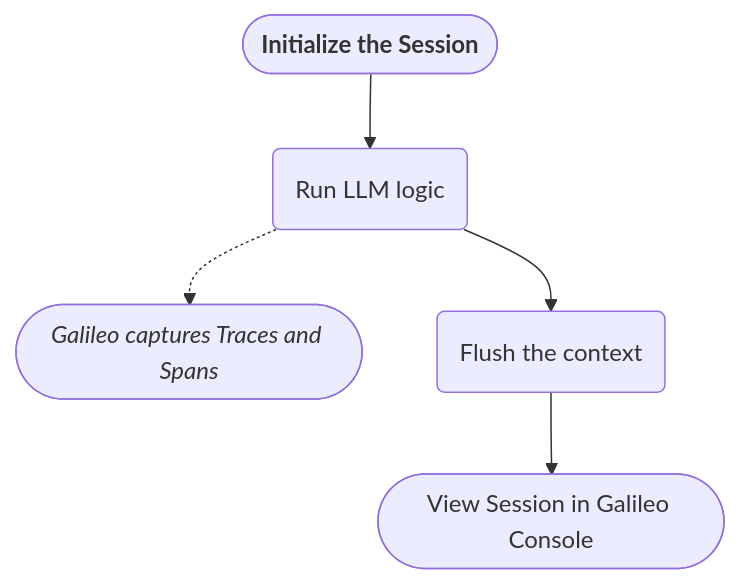
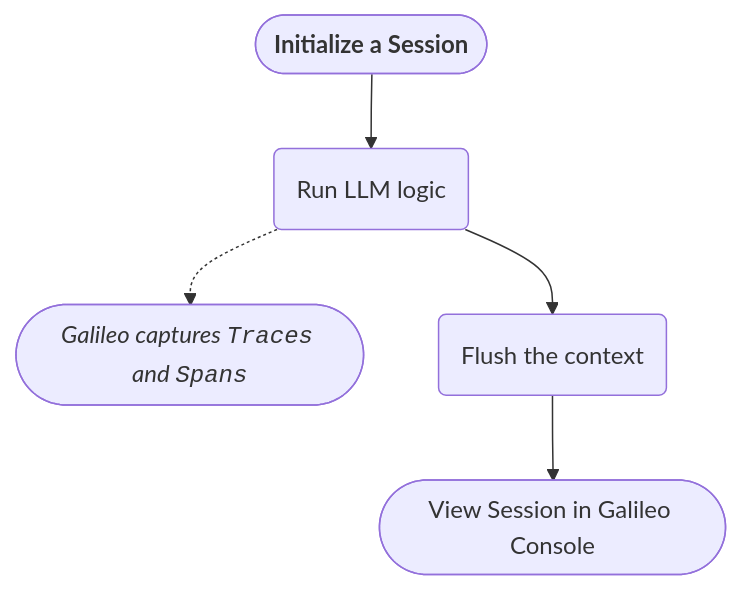
Before and after one commit to rungalileo/docs-official: the diagram in concepts/logging/sessions/using-sessions.mdx, drawn with Mermaid. The commit also changed other lines of this file and 23 other files, not shown here.

````diff
--- a/concepts/logging/sessions/using-sessions.mdx
+++ b/concepts/logging/sessions/using-sessions.mdx
@@ -46,18 +24,18 @@
 ```mermaid
 ---
 config:
 flowchart:
     curve: linear
 ---
 graph TD;
-    __start__([<b>Initialize the Session</b>])
+    __start__([<b>Initialize a Session</b>])
     app_logic(Run LLM logic)
-    log_traces([<em>Galileo captures Traces and Spans</em>])
+    log_traces([<em>Galileo captures <code>Traces</code> and <code>Spans</code></em>])
     flush(Flush the context)
     __end__([<p>View Session in Galileo Console</p>])
 
     __start__ --> app_logic
     app_logic  -.-> log_traces
     app_logic --> flush
     flush --> __end__
 ```
````
